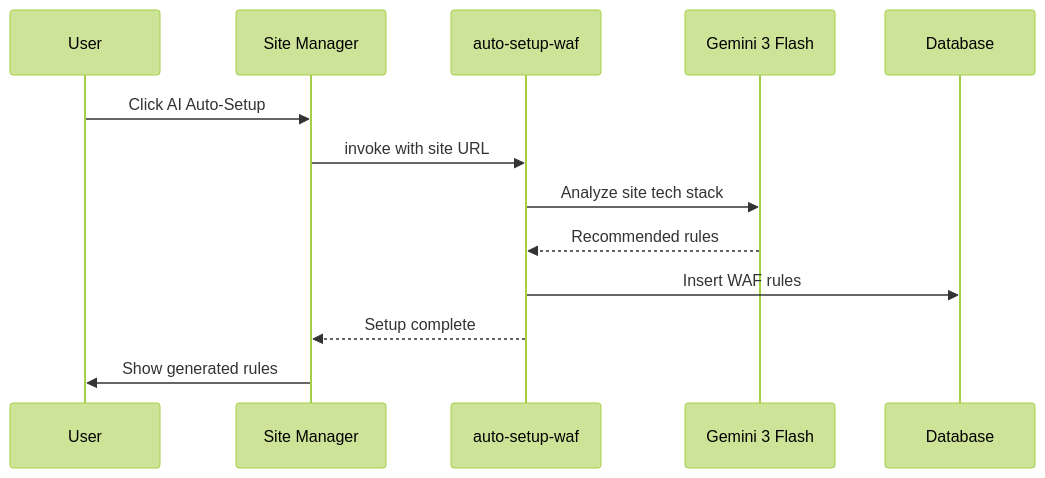
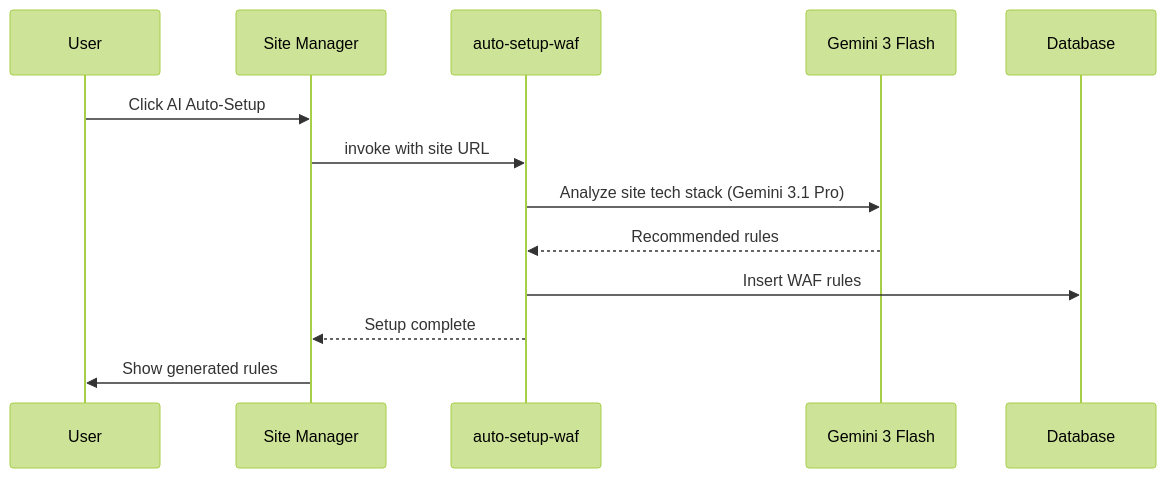
Before and after one commit to ritvikindupuri/globeguard-waf: the third of 10 diagrams in DOCUMENTATION.md, drawn with Mermaid (forest theme).

Commit message:
Preceding changes

````diff
--- a/DOCUMENTATION.md
+++ b/DOCUMENTATION.md
@@ -260,16 +260,16 @@
 ```mermaid
 sequenceDiagram
     participant U as User
     participant UI as Site Manager
     participant EF as auto-setup-waf
     participant AI as Gemini 3 Flash
     participant DB as Database
 
     U->>UI: Click AI Auto-Setup
     UI->>EF: invoke with site URL
-    EF->>AI: Analyze site tech stack
+    EF->>AI: Analyze site tech stack (Gemini 3.1 Pro)
     AI-->>EF: Recommended rules
     EF->>DB: Insert WAF rules
     EF-->>UI: Setup complete
     UI->>U: Show generated rules
 ```
````
